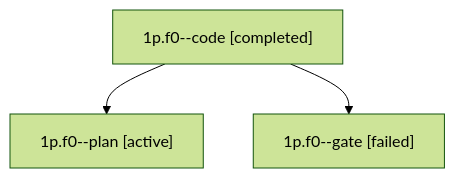
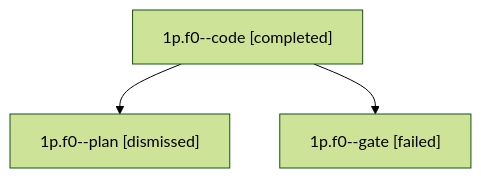
Before and after one commit to sase-org/sase--agents: the diagram in sessions/bbugyi200.apollo.1p.f0.md, drawn with Mermaid (forest theme). The commit also changed other lines of this file and 60 other files, not shown here.

````diff
--- a/sessions/bbugyi200.apollo.1p.f0.md
+++ b/sessions/bbugyi200.apollo.1p.f0.md
@@ -9,8 +9,8 @@
 ```mermaid
 flowchart TD
   n0["1p.f0--code [completed]"]
-  n1["1p.f0--plan [active]"]
+  n1["1p.f0--plan [dismissed]"]
   n0 --> n1
   n2["1p.f0--gate [failed]"]
   n0 --> n2
 ```
````
